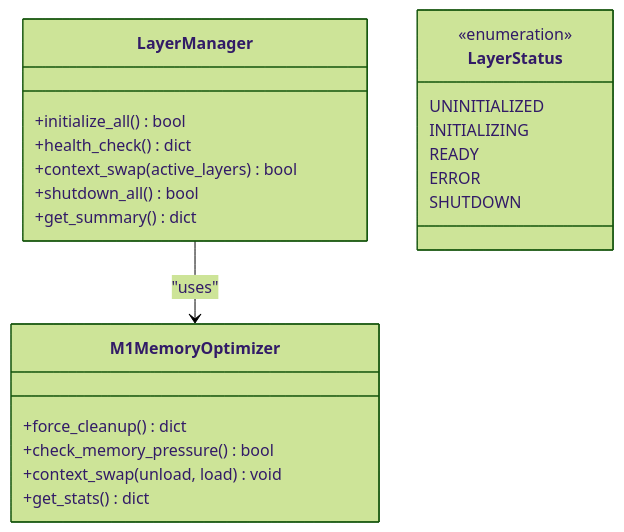
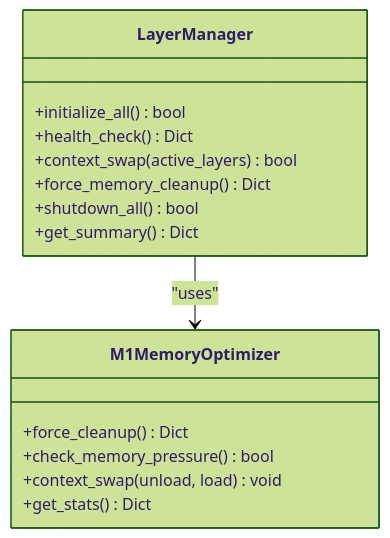
The sixth of 11 diagrams in .qoder/repowiki/en/content/Core Architecture/Core Architecture.md (Hamulda/hledac-universal), drawn with Mermaid (forest theme) before and after one commit. The commit also changed other lines of this file and 236 other files, not shown here.

````diff
--- a/.qoder/repowiki/en/content/Core Architecture/Core Architecture.md
+++ b/.qoder/repowiki/en/content/Core Architecture/Core Architecture.md
@@ -169,25 +232,18 @@
 ```mermaid
 classDiagram
 class LayerManager {
 +initialize_all() bool
-+health_check() dict
++health_check() Dict
 +context_swap(active_layers) bool
++force_memory_cleanup() Dict
 +shutdown_all() bool
-+get_summary() dict
++get_summary() Dict
 }
 class M1MemoryOptimizer {
-+force_cleanup() dict
++force_cleanup() Dict
 +check_memory_pressure() bool
 +context_swap(unload, load) void
-+get_stats() dict
-}
-class LayerStatus {
-<<enumeration>>
-UNINITIALIZED
-INITIALIZING
-READY
-ERROR
-SHUTDOWN
++get_stats() Dict
 }
 LayerManager --> M1MemoryOptimizer : "uses"
 ```
````
